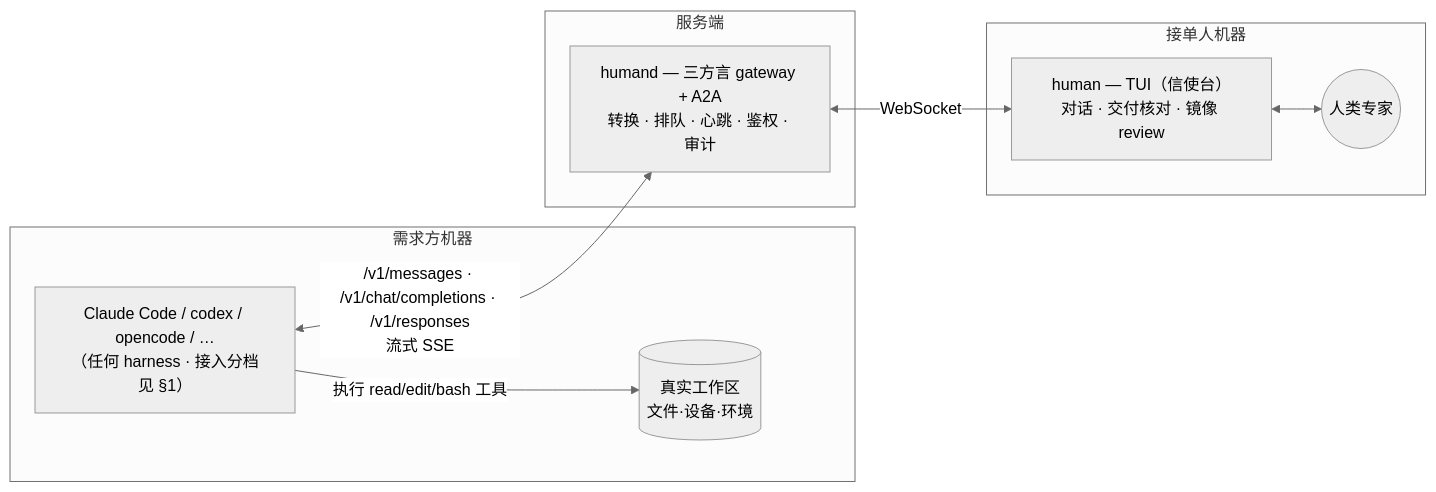
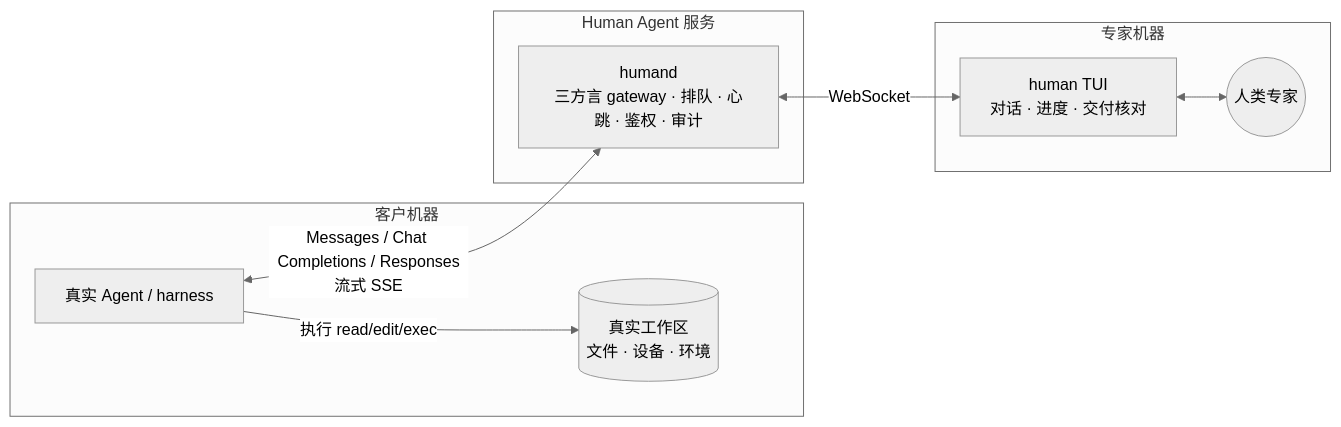
The diagram in README.md (vibe-agi/human), drawn with Mermaid (neutral theme) before and after one commit. The commit also changed other lines of this file and 73 other files, not shown here.

````diff
--- a/README.md
+++ b/README.md
@@ -11,18 +11,18 @@
 ```mermaid
 flowchart LR
-    subgraph caller["需求方机器"]
-        H["Claude Code / codex / opencode / …<br/>（任何 harness · 接入分档见 §1）"]
-        FS[("真实工作区<br/>文件·设备·环境")]
-        H -->|"执行 read/edit/bash 工具"| FS
+    subgraph caller["客户机器"]
+        A["真实 Agent / harness"]
+        FS[("真实工作区<br/>文件 · 设备 · 环境")]
+        A -->|"执行 read/edit/exec"| FS
     end
-    subgraph server["服务端"]
-        G["humand — 三方言 gateway + A2A<br/>转换 · 排队 · 心跳 · 鉴权 · 审计"]
+    subgraph server["Human Agent 服务"]
+        G["humand<br/>三方言 gateway · 排队 · 心跳 · 鉴权 · 审计"]
     end
-    subgraph worker["接单人机器"]
-        T["human — TUI（信使台）<br/>对话 · 交付核对 · 镜像 review"]
+    subgraph worker["专家机器"]
+        T["human TUI<br/>对话 · 进度 · 交付核对"]
         P(("人类专家"))
         T <--> P
     end
-    H <-->|"/v1/messages · /v1/chat/completions · /v1/responses<br/>流式 SSE"| G
-    G <-->|WebSocket| T
+    A <-->|"Messages / Chat Completions / Responses<br/>流式 SSE"| G
+    G <-->|"WebSocket"| T
 ```
````
